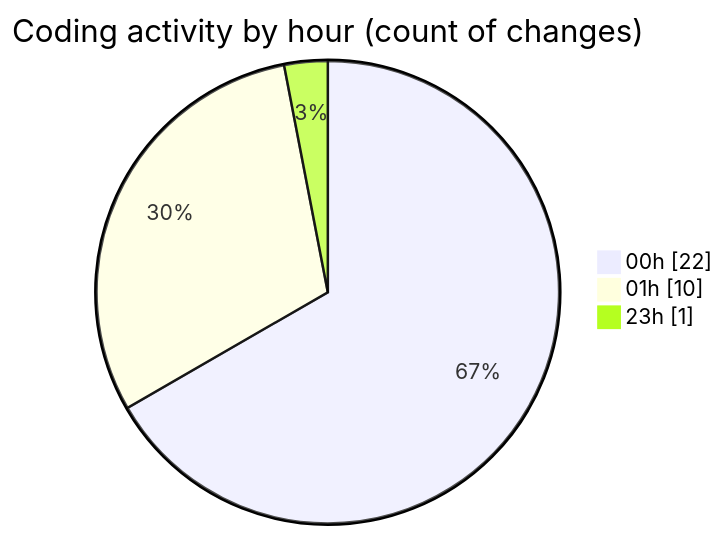
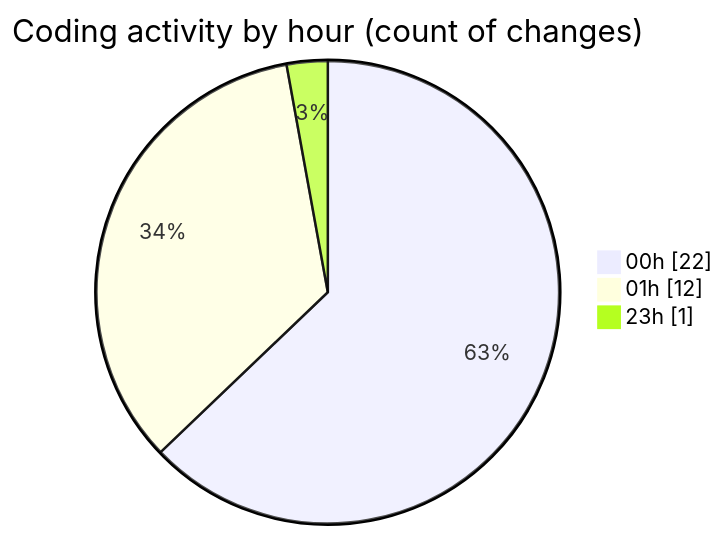
One commit to EIIisD/code-tracking changed the second of 2 diagrams in 2025-07-29/refunds/README.md. Above: the diagram before and after it, drawn with Mermaid. The commit also changed other lines of this file and 1 other file, not shown here.

````diff
--- a/2025-07-29/refunds/README.md
+++ b/2025-07-29/refunds/README.md
@@ -28,7 +28,7 @@
 ```mermaid
 pie showData
 title Coding activity by hour (count of changes)
 "00h" : 22
-"01h" : 10
+"01h" : 12
 "23h" : 1
 ```
````
